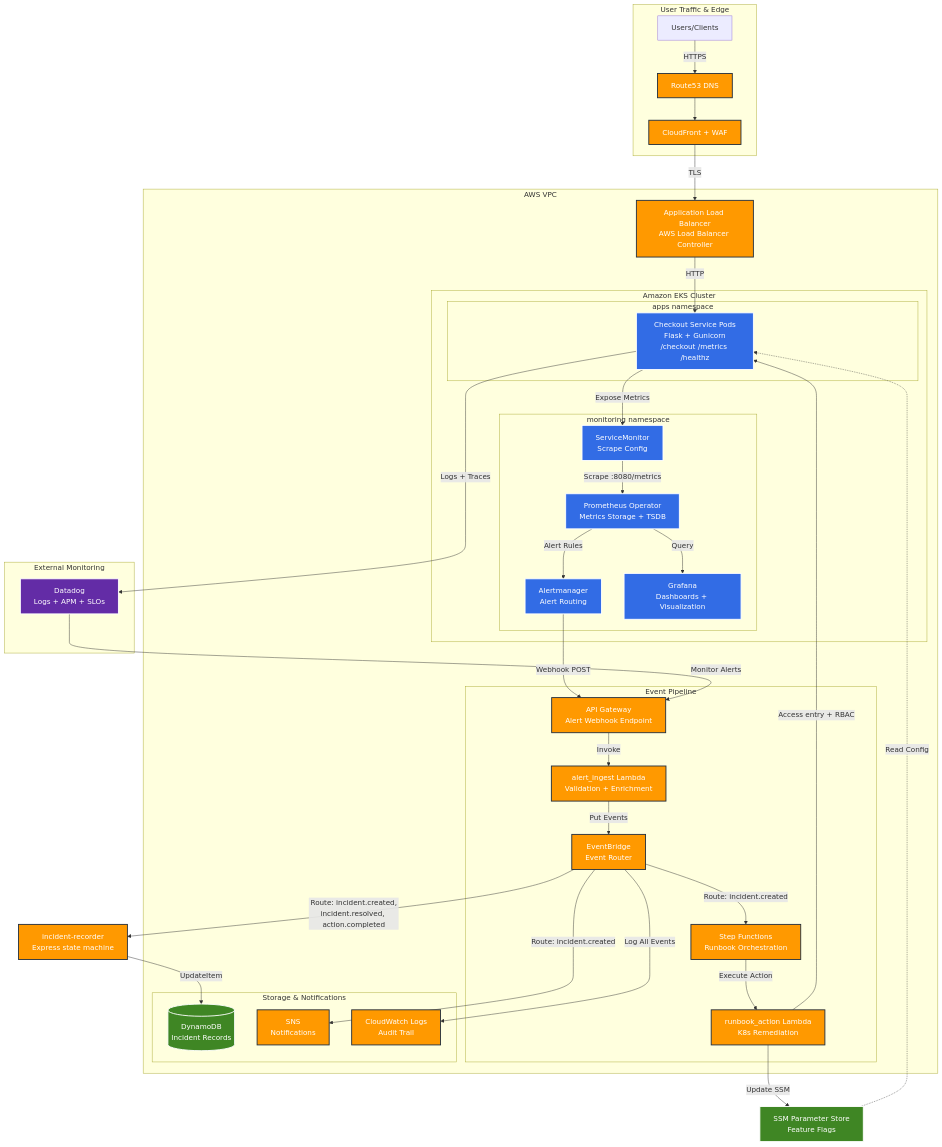
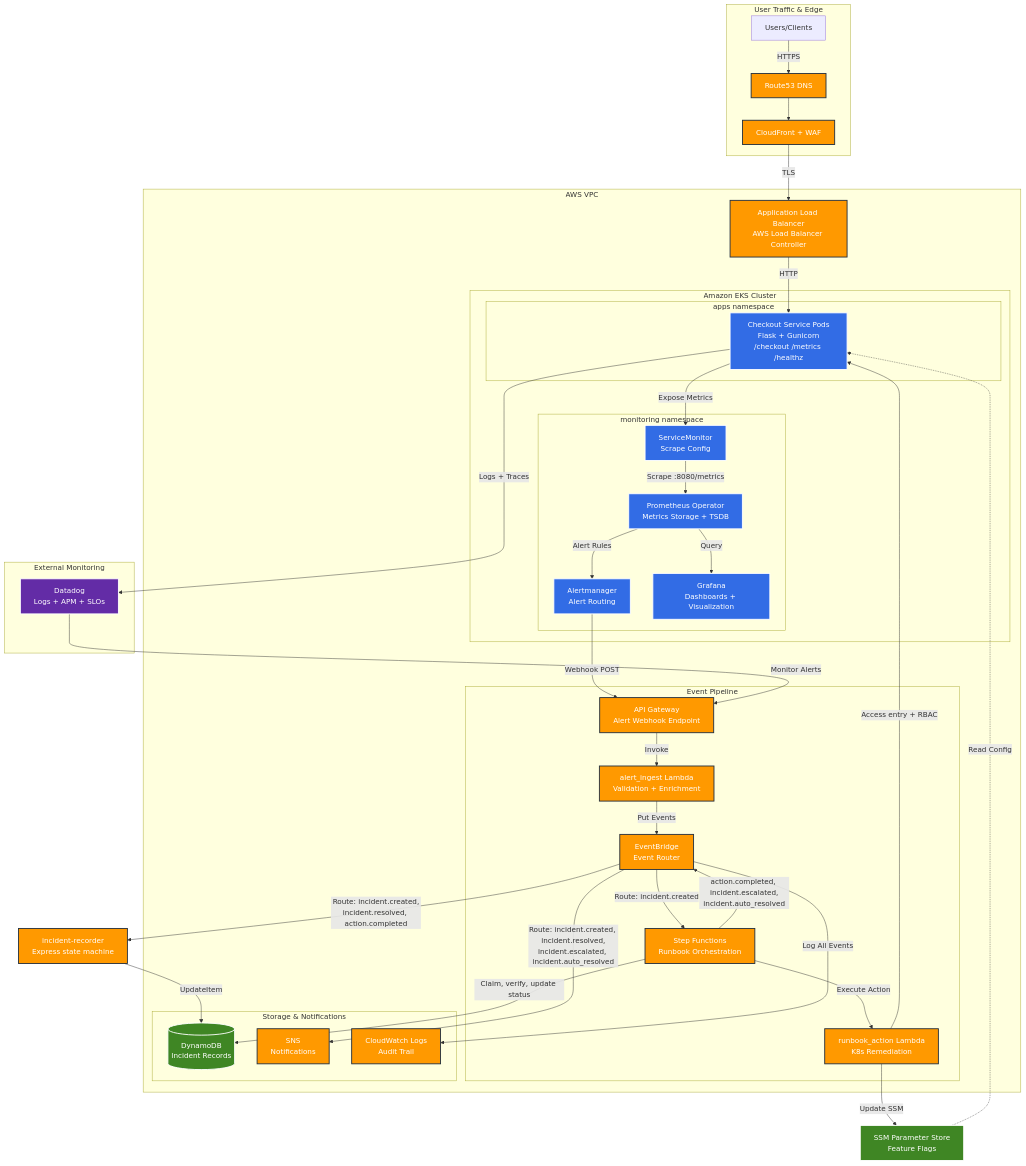
The first of 4 diagrams in docs/architecture/README.md (amrutp24/event-driven-sre-platform), drawn with Mermaid before and after one commit. The commit also changed other lines of this file and 24 other files, not shown here.

```diff
--- a/docs/architecture/README.md
+++ b/docs/architecture/README.md
@@ -81,11 +81,13 @@
     %% Event Routing
     EB -->|Route: incident.created,<br/>incident.resolved, action.completed| REC[incident-recorder<br/>Express state machine]
     REC -->|UpdateItem| DDB
-    EB -->|Route: incident.created| SNS
+    EB -->|Route: incident.created, incident.resolved,<br/>incident.escalated, incident.auto_resolved| SNS
     EB -->|Route: incident.created| SF
     EB -->|Log All Events| CW
 
     %% Remediation Flow
+    SF -->|Claim, verify, update status| DDB
+    SF -->|action.completed, incident.escalated,<br/>incident.auto_resolved| EB
     SF -->|Execute Action| L2
     L2 -->|Access entry + RBAC| APP
     L2 -->|Update SSM| SSM[SSM Parameter Store<br/>Feature Flags]
```
